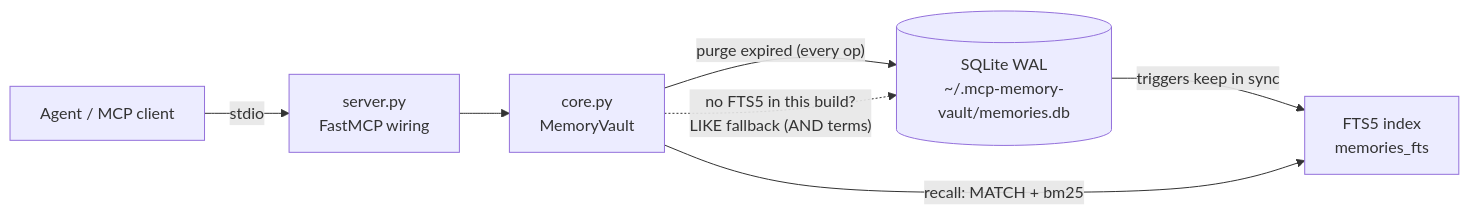
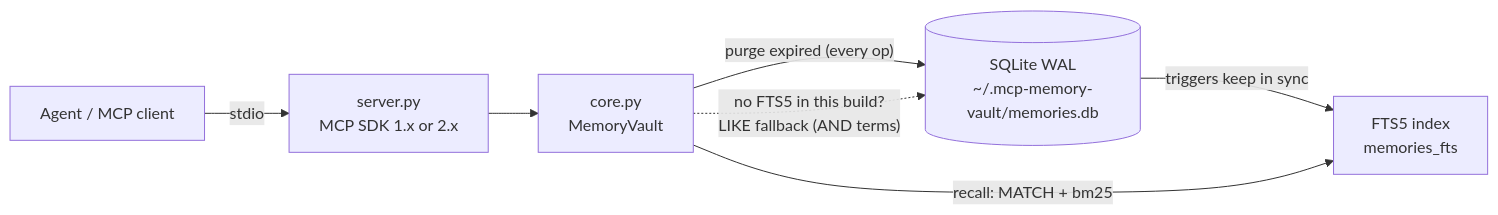
The diagram in README.md (AleBrito124356/mcp-memory-vault), drawn with Mermaid before and after one commit. The commit also changed other lines of this file and 9 other files, not shown here.

````diff
--- a/README.md
+++ b/README.md
@@ -31,9 +31,9 @@
 ```mermaid
 flowchart LR
-    A[Agent / MCP client] -- stdio --> S[server.py<br/>FastMCP wiring]
+    A[Agent / MCP client] -- stdio --> S[server.py<br/>MCP SDK 1.x or 2.x]
     S --> C[core.py<br/>MemoryVault]
     C -- "purge expired (every op)" --> DB[(SQLite WAL<br/>~/.mcp-memory-vault/memories.db)]
     DB -- triggers keep in sync --> FTS[FTS5 index<br/>memories_fts]
     C -- "recall: MATCH + bm25" --> FTS
     C -. "no FTS5 in this build?<br/>LIKE fallback (AND terms)" .-> DB
 ```
````
